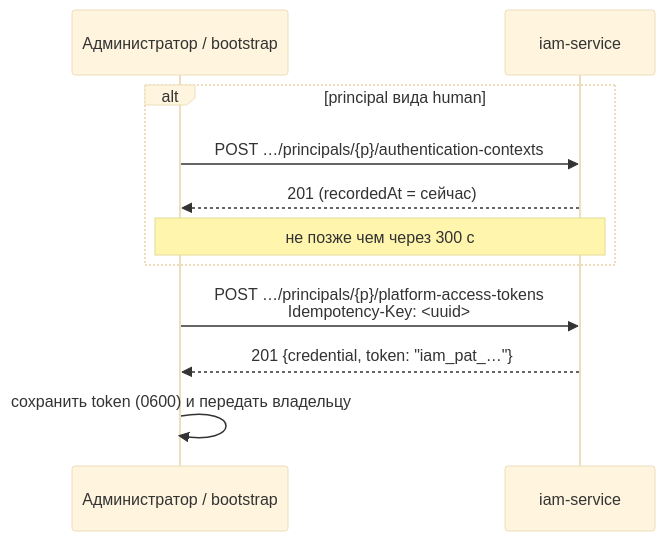
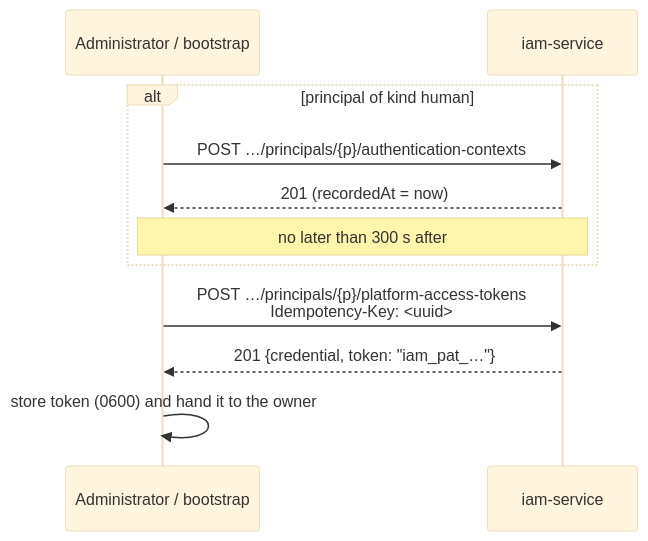
One commit to monthu56/taimen changed the first of 2 diagrams in guide/docs/iam/credentials.md. Above: the diagram before and after it, drawn with Mermaid (base theme). The commit also changed other lines of this file and 183 other files, not shown here.

````diff
--- a/guide/docs/iam/credentials.md
+++ b/guide/docs/iam/credentials.md
@@ -55,13 +57,13 @@
 ```mermaid
 sequenceDiagram
-    participant Adm as Администратор / bootstrap
+    participant Adm as Administrator / bootstrap
     participant IAM as iam-service
-    alt principal вида human
+    alt principal of kind human
         Adm->>IAM: POST …/principals/{p}/authentication-contexts
-        IAM-->>Adm: 201 (recordedAt = сейчас)
-        Note over Adm,IAM: не позже чем через 300 с
+        IAM-->>Adm: 201 (recordedAt = now)
+        Note over Adm,IAM: no later than 300 s after
     end
     Adm->>IAM: POST …/principals/{p}/platform-access-tokens<br/>Idempotency-Key: <uuid>
     IAM-->>Adm: 201 {credential, token: "iam_pat_…"}
-    Adm->>Adm: сохранить token (0600) и передать владельцу
+    Adm->>Adm: store token (0600) and hand it to the owner
 ```
````
